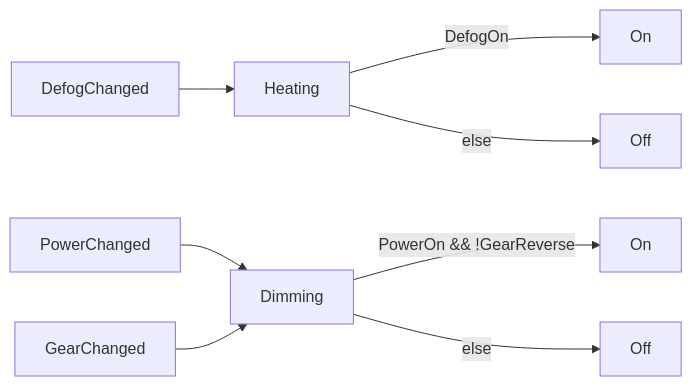
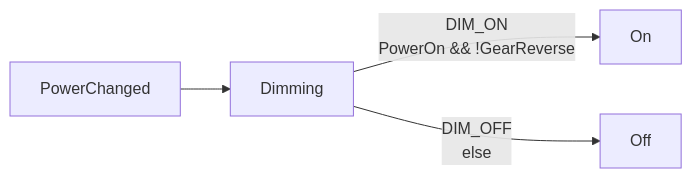
One commit to 4artit/declared changed the second of 4 diagrams in examples/mirrors/mirrors.md. Above: the diagram before and after it, drawn with Mermaid. The commit also changed other lines of this file and 5 other files, not shown here.

Commit message:
print tables and diagram based on event

````diff
--- a/examples/mirrors/mirrors.md
+++ b/examples/mirrors/mirrors.md
@@ -32,10 +57,6 @@
 ```mermaid
 flowchart LR
-    ev_DefogChanged["DefogChanged"] --> ft_Heating["Heating"]
-    ft_Heating["Heating"] -->|"DefogOn"| ac_Heating_On["On"]
-    ft_Heating["Heating"] -->|else| ac_Heating_Off["Off"]
     ev_PowerChanged["PowerChanged"] --> ft_Dimming["Dimming"]
-    ev_GearChanged["GearChanged"] --> ft_Dimming["Dimming"]
-    ft_Dimming["Dimming"] -->|"PowerOn && !GearReverse"| ac_Dimming_On["On"]
-    ft_Dimming["Dimming"] -->|else| ac_Dimming_Off["Off"]
+    ft_Dimming["Dimming"] -->|"DIM_ON<br/>PowerOn && !GearReverse"| ac_Dimming_On["On"]
+    ft_Dimming["Dimming"] -->|"DIM_OFF<br/>else"| ac_Dimming_Off["Off"]
 ```
````
